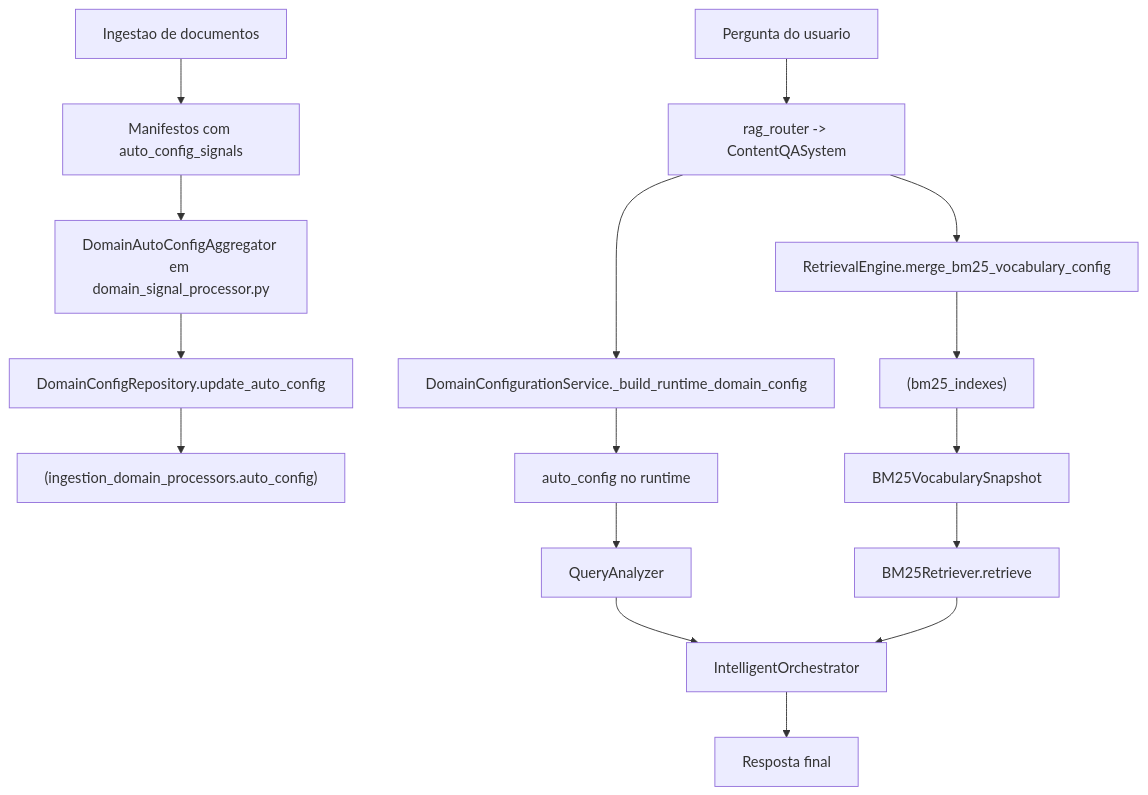
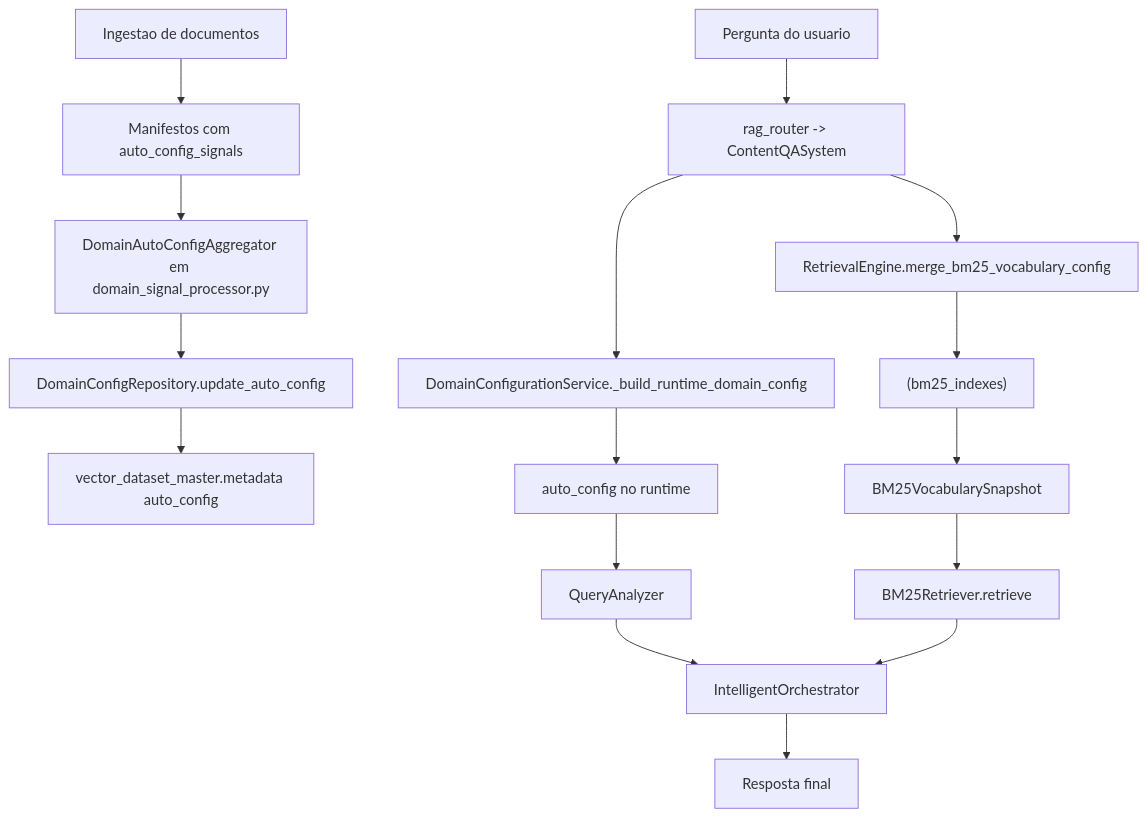
Before and after one commit to mrctito/plataforma_agentes_negocio_docs: the diagram in assets/diagrams/docs-tutorial-101-bm25-vs-auto-config-dnit-diagrama-01.mmd, drawn with Mermaid. The commit also changed 60 other files, not shown here.

```diff
--- a/assets/diagrams/docs-tutorial-101-bm25-vs-auto-config-dnit-diagrama-01.mmd
+++ b/assets/diagrams/docs-tutorial-101-bm25-vs-auto-config-dnit-diagrama-01.mmd
@@ -1,19 +1,19 @@
 flowchart TD
     A["Ingestao de documentos"] --> B["Manifestos com auto_config_signals"]
     B --> C["DomainAutoConfigAggregator em domain_signal_processor.py"]
     C --> D["DomainConfigRepository.update_auto_config"]
-    D --> E["(ingestion_domain_processors.auto_config)"]
+    D --> E["vector_dataset_master.metadata auto_config"]
 
     F["Pergunta do usuario"] --> G["rag_router -> ContentQASystem"]
     G --> H["DomainConfigurationService._build_runtime_domain_config"]
     H --> I["auto_config no runtime"]
     I --> J["QueryAnalyzer"]
 
     G --> K["RetrievalEngine.merge_bm25_vocabulary_config"]
     K --> L["(bm25_indexes)"]
     L --> M["BM25VocabularySnapshot"]
     M --> N["BM25Retriever.retrieve"]
 
     J --> O["IntelligentOrchestrator"]
     N --> O
     O --> P["Resposta final"]
```
